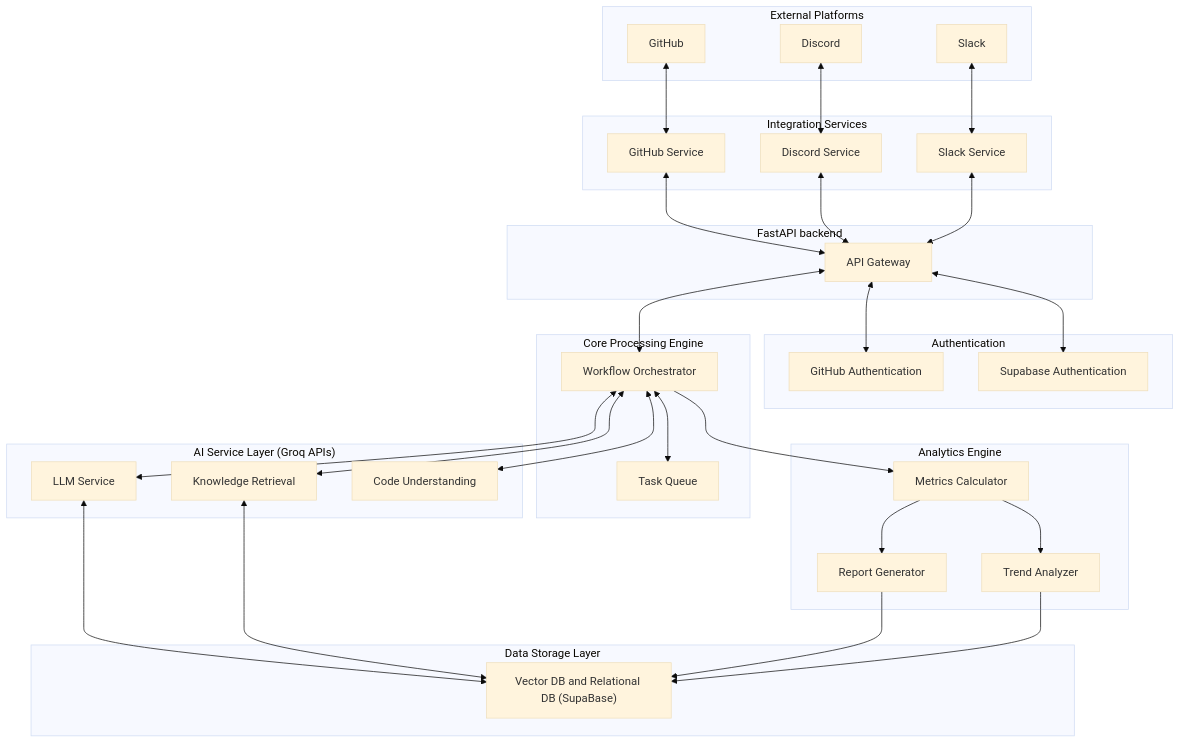
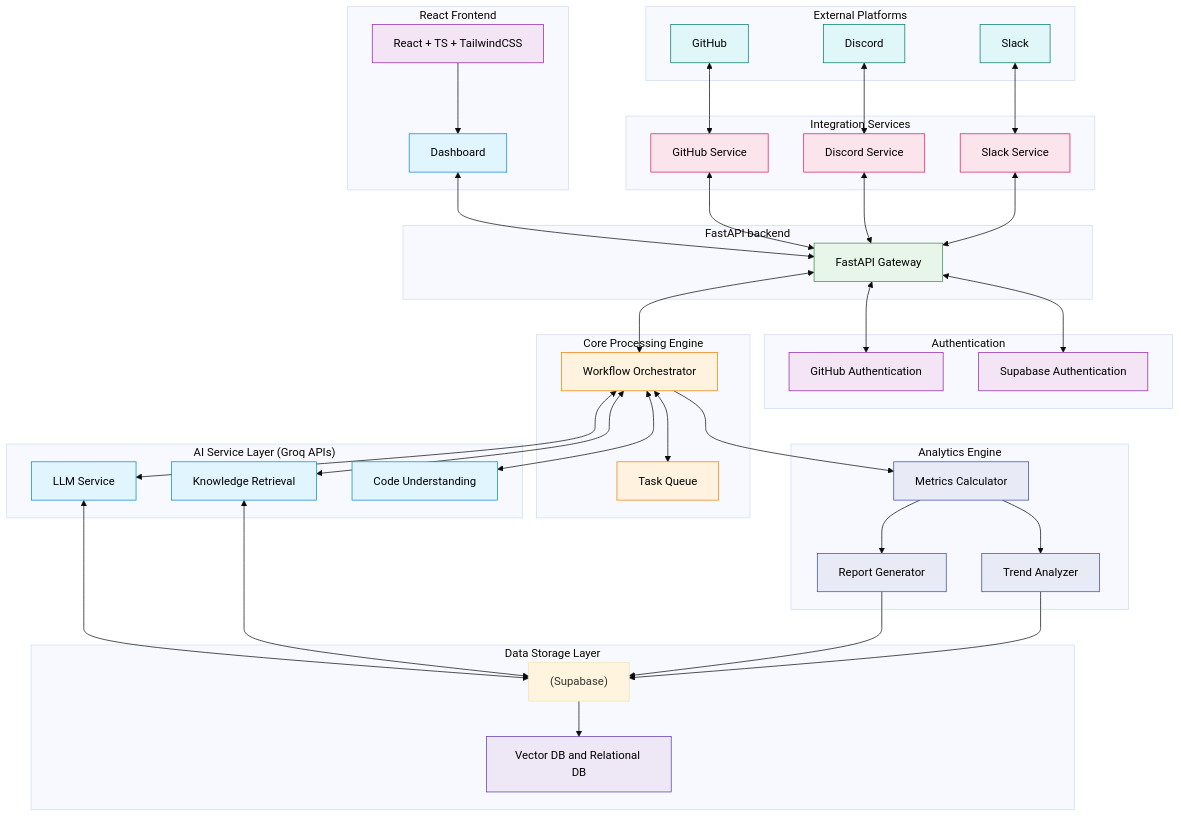
The first of 9 diagrams in README.md (AOSSIE-Org/Devr.AI), drawn with Mermaid (base theme) before and after one commit. The commit also changed other lines of this file, not shown here.

Commit message:
modified arcihitecture with installation guide.

````diff
--- a/README.md
+++ b/README.md
@@ -29,80 +30,114 @@
 ```mermaid
 flowchart TB
+    %% External Platforms
     subgraph "External Platforms"
         GH["GitHub"]
         DS["Discord"]
         SL["Slack"]
-        
     end
 
-    subgraph "FastAPI backend"
-        API["API Gateway"]
-        
+    %% React Frontend
+    subgraph "React Frontend"
+        FRONT["React + TS + TailwindCSS"]
+        DASH["Dashboard"]
     end
 
+    %% FastAPI Backend
+    subgraph "FastAPI backend"
+        API["FastAPI Gateway"]
+    end
+
+    %% Authentication
     subgraph "Authentication"
         GitAuth["GitHub Authentication"]
         SupaAuth["Supabase Authentication"]
     end
 
+    %% Core Processing Engine
     subgraph "Core Processing Engine"
         WF["Workflow Orchestrator"]
         Q["Task Queue"]
-        
     end
 
+    %% AI Service Layer (Groq APIs)
     subgraph "AI Service Layer (Groq APIs)"
         LLM["LLM Service"]
         KR["Knowledge Retrieval"]
         CODE["Code Understanding"]
     end
 
+    %% Integration Services
     subgraph "Integration Services"
         GHS["GitHub Service"]
         DSS["Discord Service"]
         SLS["Slack Service"]
-       
     end
 
+    %% Data Storage Layer
     subgraph "Data Storage Layer"
-        VDB["Vector DB and Relational DB (SupaBase)"]
-        
+        Supa["(Supabase)"]
+        VDB["Vector DB and Relational DB "]
     end
 
+    %% Analytics Engine
     subgraph "Analytics Engine"
         METRICS["Metrics Calculator"]
         REPORT["Report Generator"]
         TREND["Trend Analyzer"]
     end
 
+    %% Connections
+    FRONT --> DASH
+    DASH <--> API
+
     GH <--> GHS
     DS <--> DSS
     SL <--> SLS
-    
 
     GHS <--> API
     DSS <--> API
     SLS <--> API
-    
 
     API <--> GitAuth
     API <--> SupaAuth
-    
+
     API <--> WF
 
     WF <--> Q
-    
+
     WF <--> LLM
     WF <--> KR
     WF <--> CODE
 
-    LLM <--> VDB
-    KR <--> VDB
-   
+    LLM <--> Supa
+    KR <--> Supa
+    Supa --> VDB
 
     WF --> METRICS
     METRICS --> REPORT
     METRICS --> TREND
-    REPORT --> VDB
-    TREND --> VDB
+    REPORT --> Supa
+    TREND --> Supa
+    
+
+    %% Styling for Light Colors with Black Text
+    classDef external fill:#e0f7fa,stroke:#00796b,stroke-width:1px,color:#000;
+    classDef backend fill:#e8f5e9,stroke:#388e3c,stroke-width:1px,color:#000;
+    classDef auth fill:#f3e5f5,stroke:#8e24aa,stroke-width:1px,color:#000;
+    classDef core fill:#fff3e0,stroke:#f57c00,stroke-width:1px,color:#000;
+    classDef ai fill:#e1f5fe,stroke:#0288d1,stroke-width:1px,color:#000;
+    classDef integration fill:#fce4ec,stroke:#d81b60,stroke-width:1px,color:#000;
+    classDef storage fill:#ede7f6,stroke:#5e35b1,stroke-width:1px,color:#000;
+    classDef analytics fill:#e8eaf6,stroke:#3949ab,stroke-width:1px,color:#000;
+
+    %% Apply classes to nodes
+    class GH,DS,SL external;
+    class API backend;
+    class GitAuth,SupaAuth,FRONT auth;
+    class WF,Q core;
+    class LLM,KR,CODE,DASH ai;
+    class GHS,DSS,SLS integration;
+    class VDB storage;
+    class METRICS,REPORT,TREND analytics;
+
 ```
````
